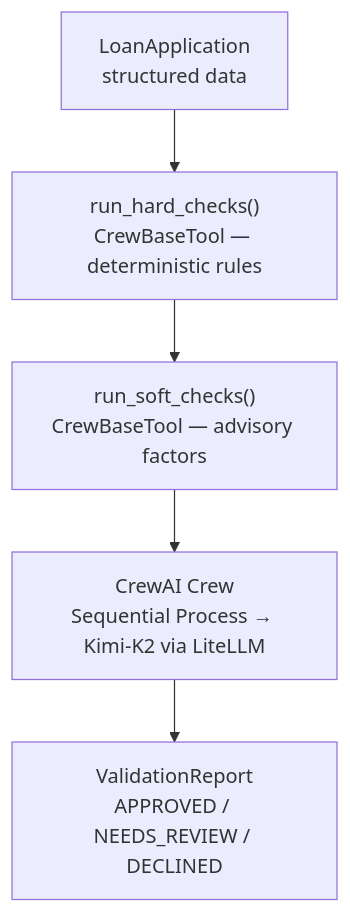
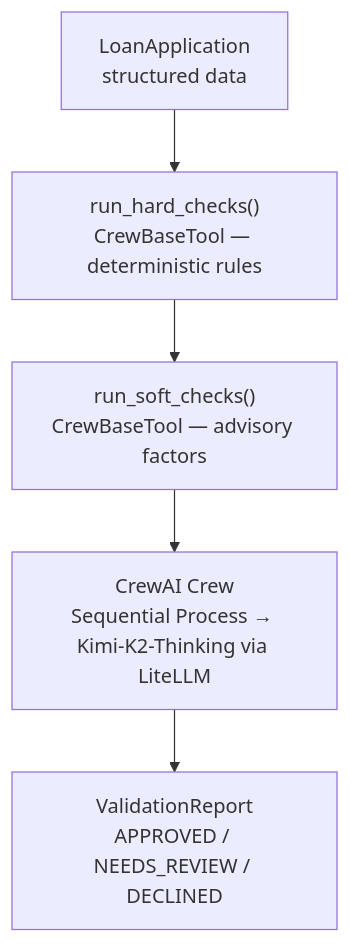
One commit to nilayparikh/tuts-agentic-ai-examples changed the diagram in a2a/lessons/11-crewai/README.md. Above: the diagram before and after it, drawn with Mermaid. The commit also changed other lines of this file and 13 other files, not shown here.

First line of the commit message:
Refactor orchestrator to use Kimi-K2-Thinking; remove outdated scripts

````diff
--- a/a2a/lessons/11-crewai/README.md
+++ b/a2a/lessons/11-crewai/README.md
@@ -13,8 +13,8 @@
 ```mermaid
 flowchart TD
     Input["LoanApplication<br/>structured data"]
     Input --> Hard["run_hard_checks()<br/>CrewBaseTool — deterministic rules"]
     Hard  --> Soft["run_soft_checks()<br/>CrewBaseTool — advisory factors"]
-    Soft  --> LLM["CrewAI Crew<br/>Sequential Process → Kimi-K2 via LiteLLM"]
+    Soft  --> LLM["CrewAI Crew<br/>Sequential Process → Kimi-K2-Thinking via LiteLLM"]
     LLM   --> Out["ValidationReport<br/>APPROVED / NEEDS_REVIEW / DECLINED"]
 ```
````
